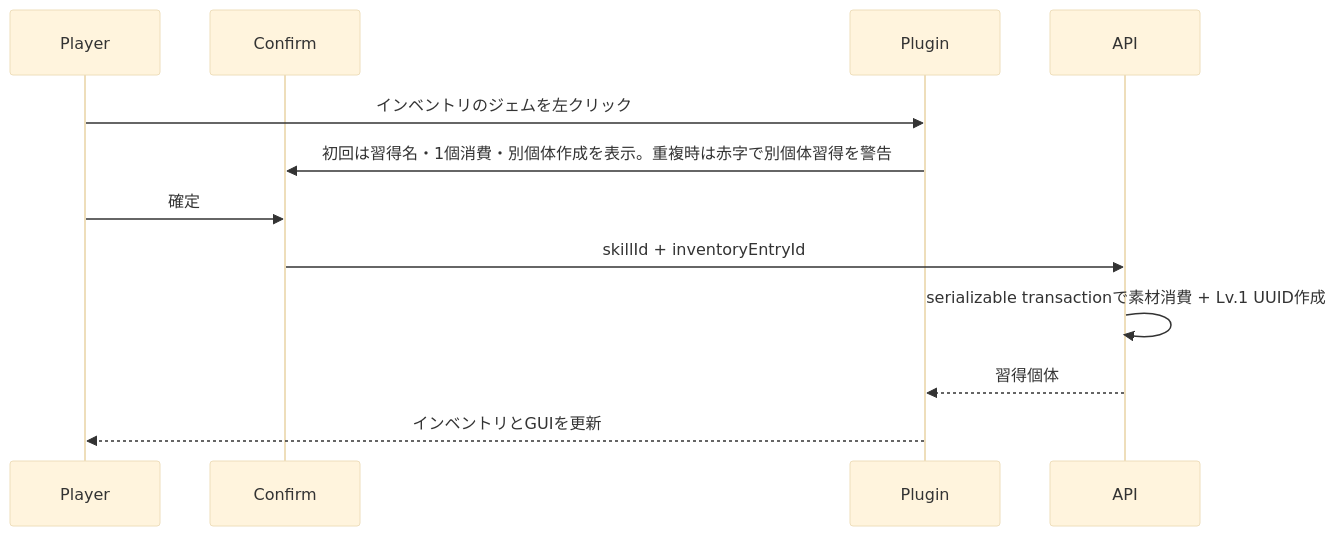
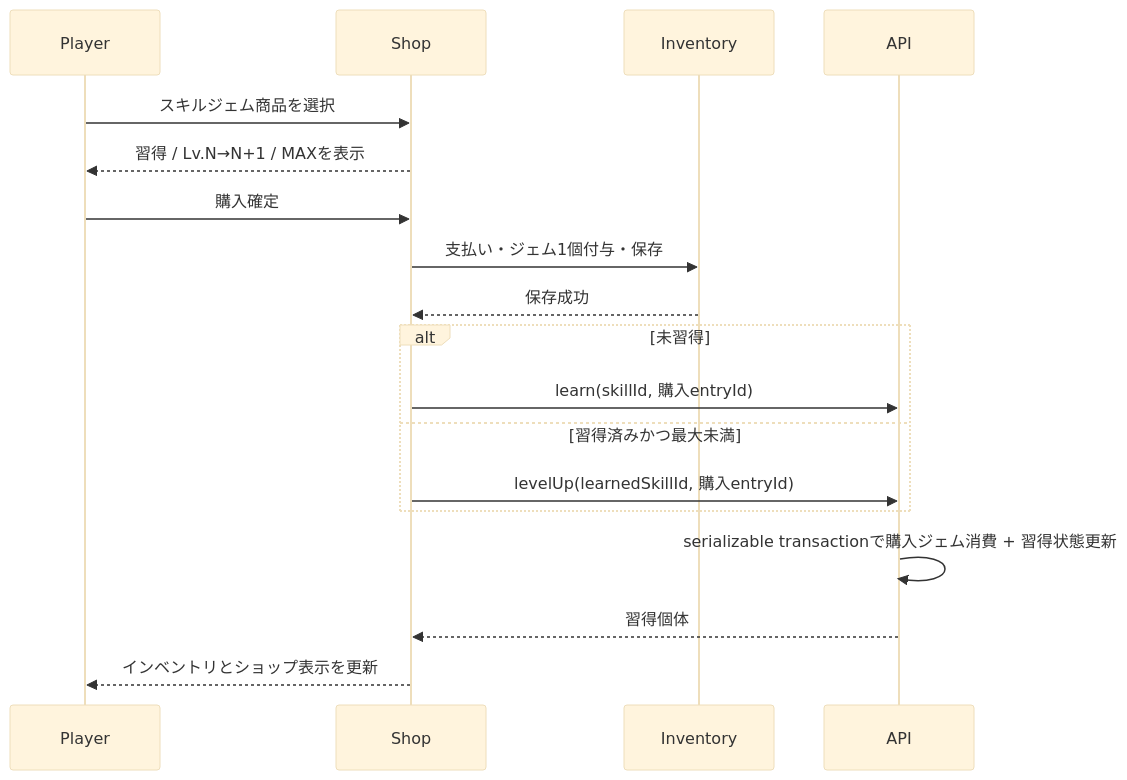
Before and after one commit to maaasu/AstralRecord-Workspace: the second of 3 diagrams in 00_docs/10_Plugin設計書/feature/13-skill/4-統合フロー/13_4-スキルバインドGUI.md, drawn with Mermaid (base theme). The commit also changed other lines of this file and 55 other files, not shown here.

````diff
--- a/00_docs/10_Plugin設計書/feature/13-skill/4-統合フロー/13_4-スキルバインドGUI.md
+++ b/00_docs/10_Plugin設計書/feature/13-skill/4-統合フロー/13_4-スキルバインドGUI.md
@@ -38,15 +38,21 @@
 ```mermaid
 sequenceDiagram
     participant Player
-    participant Confirm
-    participant Plugin
+    participant Shop
+    participant Inventory
     participant API
 
-    Player->>Plugin: インベントリのジェムを左クリック
-    Plugin->>Confirm: 初回は習得名・1個消費・別個体作成を表示。重複時は赤字で別個体習得を警告
-    Player->>Confirm: 確定
-    Confirm->>API: skillId + inventoryEntryId
-    API->>API: serializable transactionで素材消費 + Lv.1 UUID作成
-    API-->>Plugin: 習得個体
-    Plugin-->>Player: インベントリとGUIを更新
+    Player->>Shop: スキルジェム商品を選択
+    Shop-->>Player: 習得 / Lv.N→N+1 / MAXを表示
+    Player->>Shop: 購入確定
+    Shop->>Inventory: 支払い・ジェム1個付与・保存
+    Inventory-->>Shop: 保存成功
+    alt 未習得
+        Shop->>API: learn(skillId, 購入entryId)
+    else 習得済みかつ最大未満
+        Shop->>API: levelUp(learnedSkillId, 購入entryId)
+    end
+    API->>API: serializable transactionで購入ジェム消費 + 習得状態更新
+    API-->>Shop: 習得個体
+    Shop-->>Player: インベントリとショップ表示を更新
 ```
````
